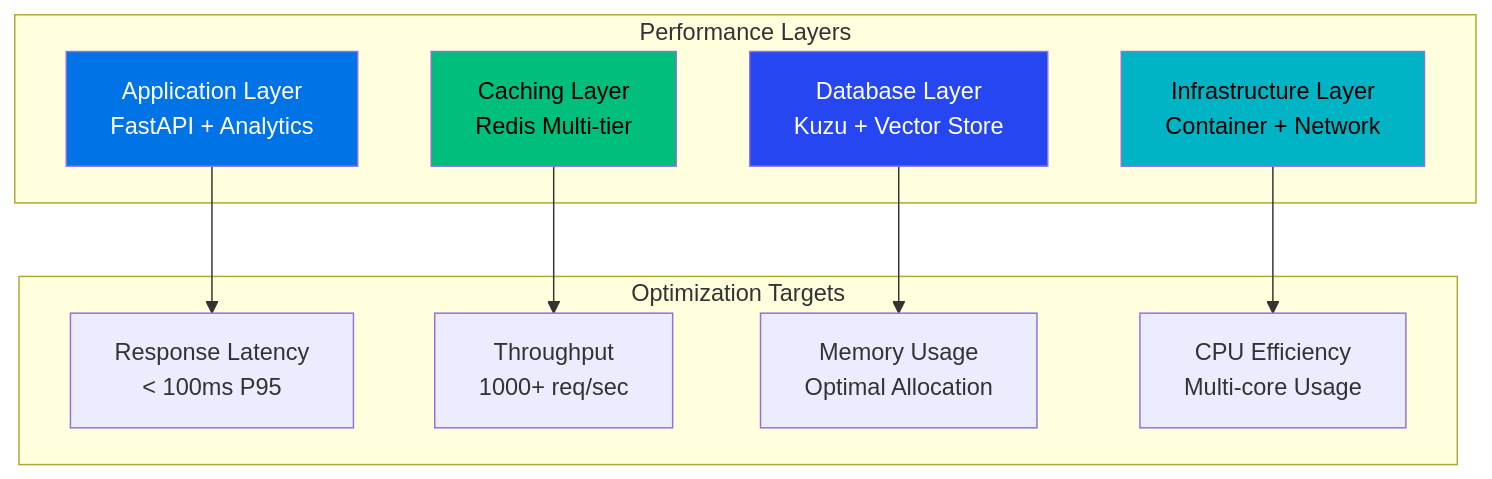
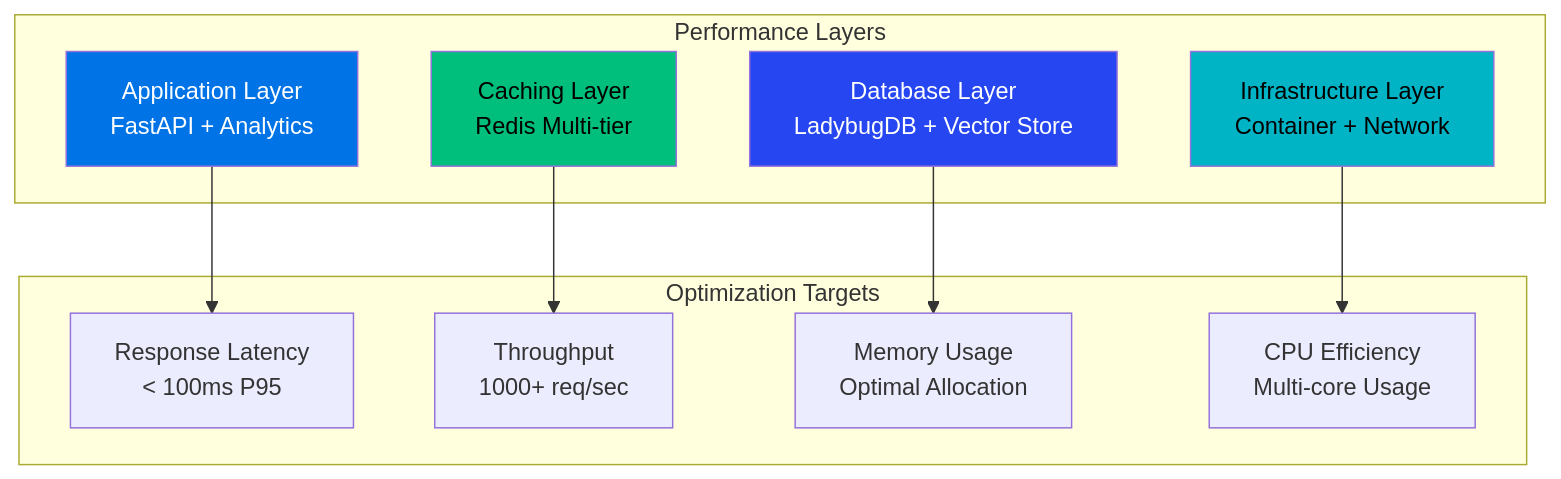
One commit to elementalcollision/GraphMemory-IDE changed the first of 2 diagrams in docs/operations/PERFORMANCE_TUNING.md. Above: the diagram before and after it, drawn with Mermaid. The commit also changed other lines of this file and 120 other files, not shown here.

First line of the commit message:
Kuzu → LadybugDB migration (Phases 0–9 + follow-up) (#4)

````diff
--- a/docs/operations/PERFORMANCE_TUNING.md
+++ b/docs/operations/PERFORMANCE_TUNING.md
@@ -9,26 +9,26 @@
 ```mermaid
 graph TB
     subgraph "Performance Layers"
         APP[Application Layer<br/>FastAPI + Analytics]
         CACHE[Caching Layer<br/>Redis Multi-tier]
-        DB[Database Layer<br/>Kuzu + Vector Store]
+        DB[Database Layer<br/>LadybugDB + Vector Store]
         INFRA[Infrastructure Layer<br/>Container + Network]
     end
     
     subgraph "Optimization Targets"
         LATENCY[Response Latency<br/>< 100ms P95]
         THROUGHPUT[Throughput<br/>1000+ req/sec]
         MEMORY[Memory Usage<br/>Optimal Allocation]
         CPU[CPU Efficiency<br/>Multi-core Usage]
     end
     
     APP --> LATENCY
     CACHE --> THROUGHPUT
     DB --> MEMORY
     INFRA --> CPU
     
     style APP fill:#0073e6,color:#ffffff
     style CACHE fill:#00bf7d,color:#000000
     style DB fill:#2546f0,color:#ffffff
     style INFRA fill:#00b4c5,color:#000000
 ```
````
